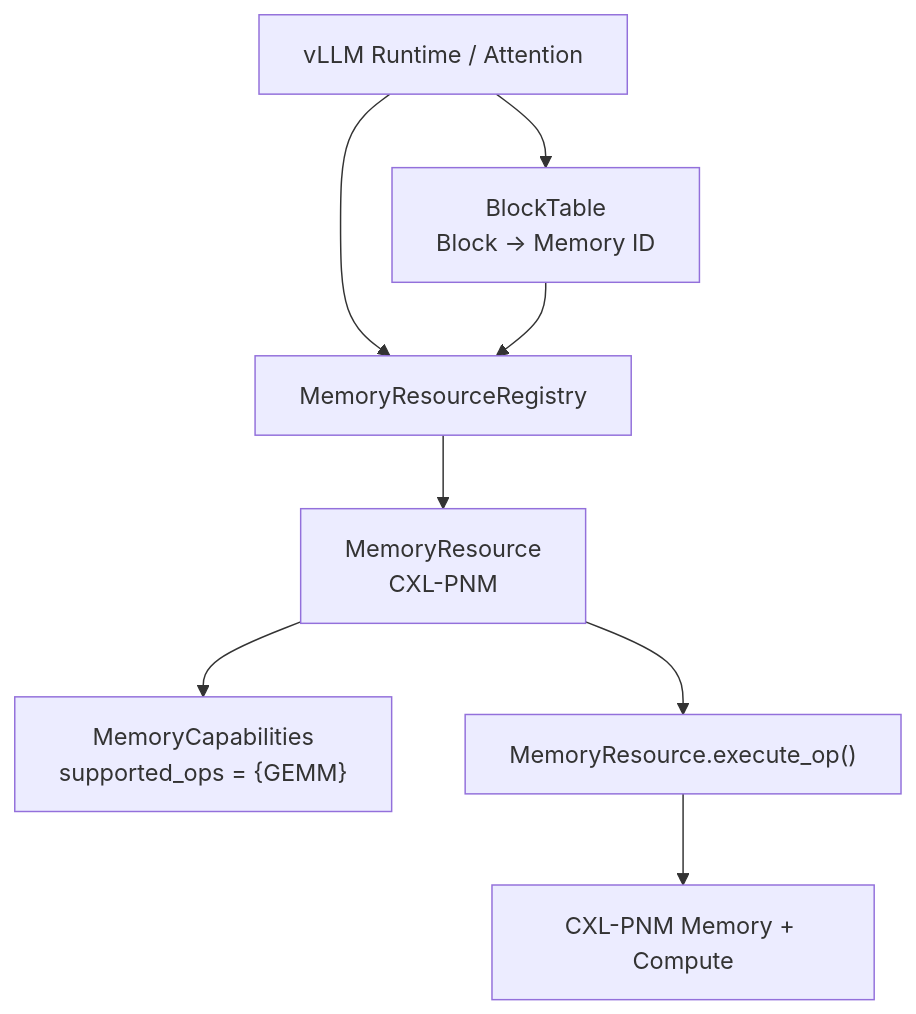
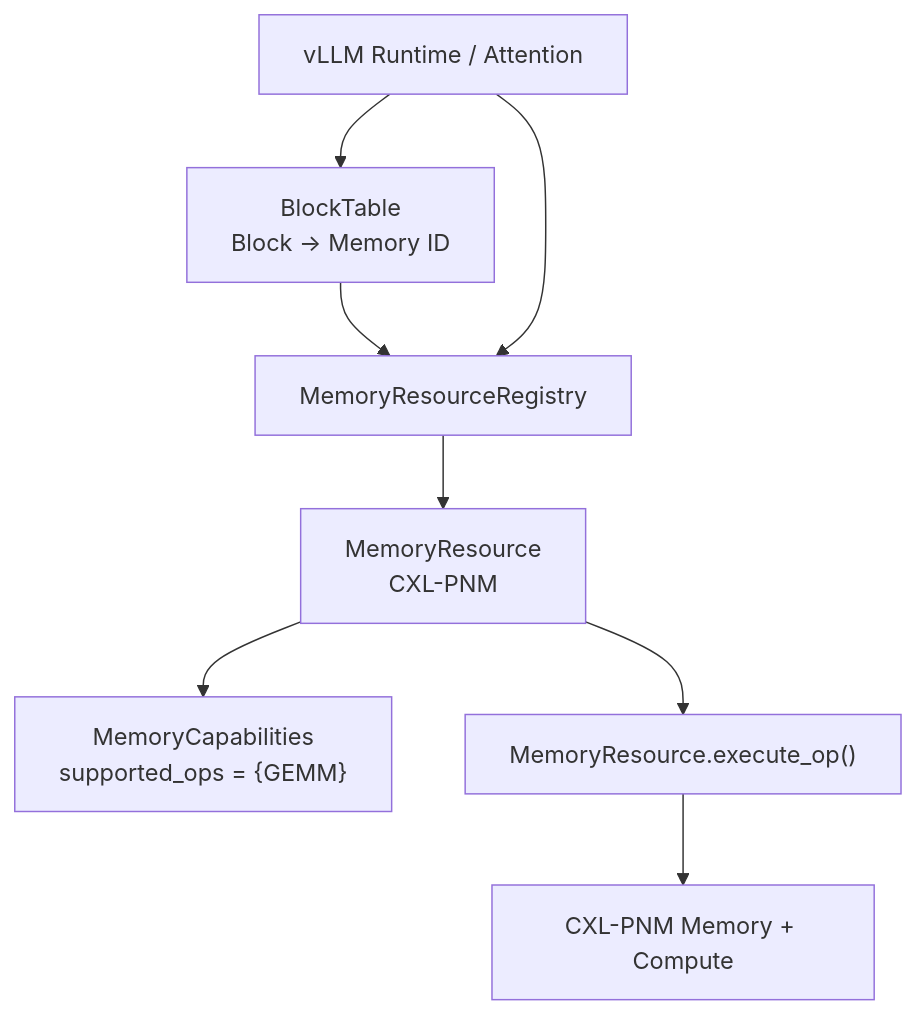
One commit to mkim0628/vllm changed the first of 6 diagrams in doc-mk/vllm-compute-capable-memory-candidates.md. Above: the diagram before and after it, drawn with Mermaid. The commit also changed other lines of this file, not shown here.

````diff
--- a/doc-mk/vllm-compute-capable-memory-candidates.md
+++ b/doc-mk/vllm-compute-capable-memory-candidates.md
@@ -101,18 +98,18 @@
 ```mermaid
 graph TD
     APP["vLLM Runtime / Attention"]
     BT["BlockTable\nBlock → Memory ID"]
     REG["MemoryResourceRegistry"]
     MR["MemoryResource\nCXL-PNM"]
     CAP["MemoryCapabilities\nsupported_ops = {GEMM}"]
     EXEC["MemoryResource.execute_op()"]
     HW["CXL-PNM Memory + Compute"]
 
     APP --> BT
+    BT --> REG
     APP --> REG
-    BT --> REG
     REG --> MR
     MR --> CAP
     MR --> EXEC
     EXEC --> HW
 ```
````
